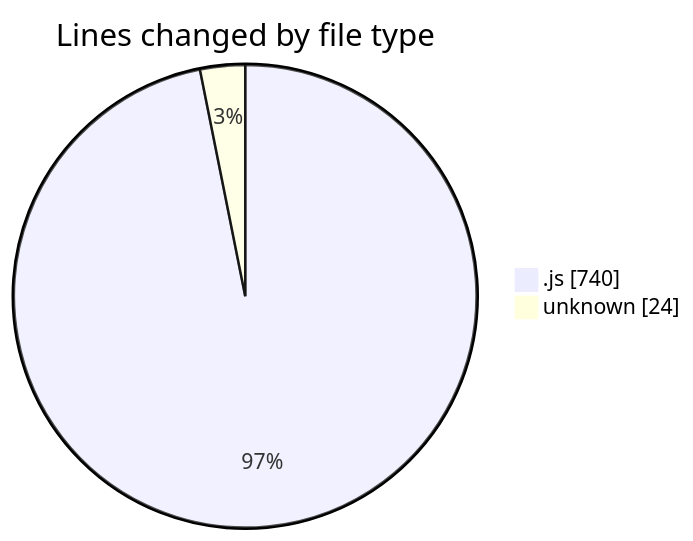
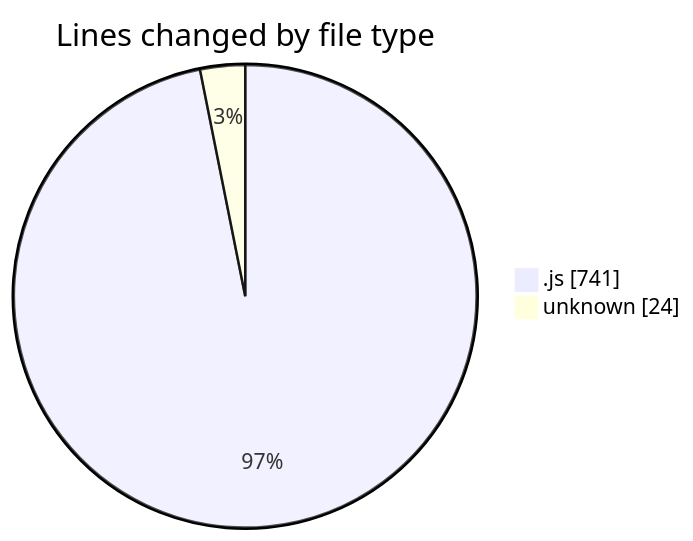
One commit to momahboobian/code-tracking changed the first of 2 diagrams in 2025-02-03/cda/README.md. Above: the diagram before and after it, drawn with Mermaid. The commit also changed other lines of this file and 1 other file, not shown here.

````diff
--- a/2025-02-03/cda/README.md
+++ b/2025-02-03/cda/README.md
@@ -24,6 +24,6 @@
 ```mermaid
 pie showData
 title Lines changed by file type
-".js" : 740
+".js" : 741
 "unknown" : 24
 ```
````
